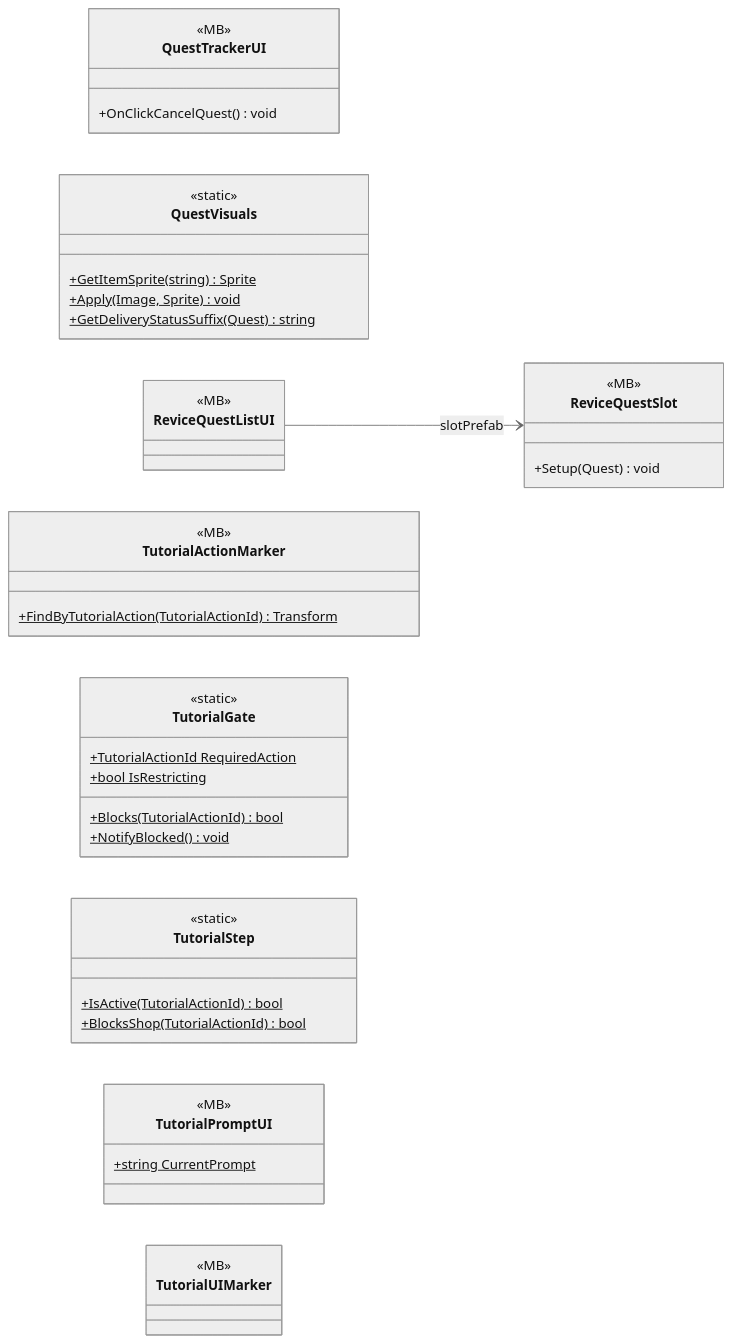
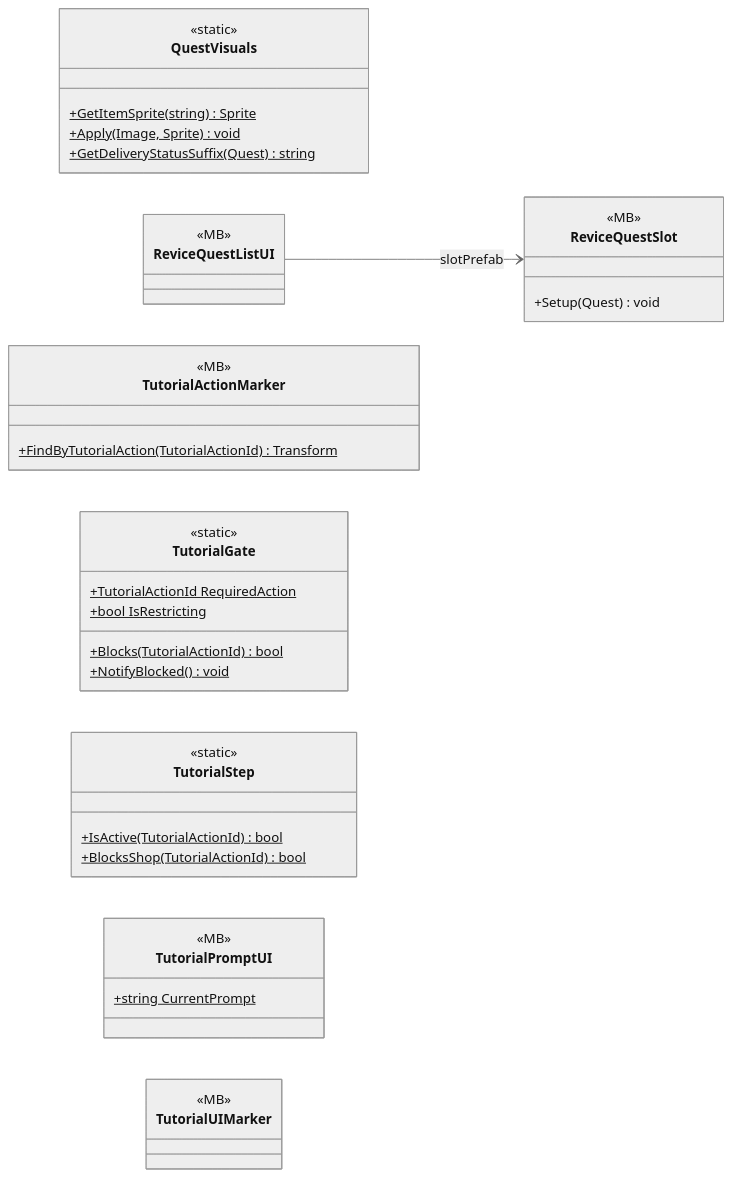
Before and after one commit to PhumipatWave/project-ocean: the second of 2 diagrams in docs/uml/modules/Gameplay_QuestSystems_Quest.md, drawn with Mermaid (neutral theme). The commit also changed other lines of this file and 531 other files, not shown here.

````diff
--- a/docs/uml/modules/Gameplay_QuestSystems_Quest.md
+++ b/docs/uml/modules/Gameplay_QuestSystems_Quest.md
@@ -252,45 +253,41 @@
 ```mermaid
 classDiagram
   direction LR
-  class QuestTrackerUI {
-    <<MB>>
-    +OnClickCancelQuest() void
-  }
   class QuestVisuals {
     <<static>>
     +GetItemSprite(string)$ Sprite
     +Apply(Image, Sprite)$ void
     +GetDeliveryStatusSuffix(Quest)$ string
   }
   class ReviceQuestListUI {
     <<MB>>
   }
   class ReviceQuestSlot {
     <<MB>>
     +Setup(Quest) void
   }
   class TutorialActionMarker {
     <<MB>>
     +FindByTutorialAction(TutorialActionId)$ Transform
   }
   class TutorialGate {
     <<static>>
     +TutorialActionId RequiredAction$
     +bool IsRestricting$
     +Blocks(TutorialActionId)$ bool
     +NotifyBlocked()$ void
   }
   class TutorialStep {
     <<static>>
     +IsActive(TutorialActionId)$ bool
     +BlocksShop(TutorialActionId)$ bool
   }
   class TutorialPromptUI {
     <<MB>>
     +string CurrentPrompt$
   }
   class TutorialUIMarker {
     <<MB>>
   }
   ReviceQuestListUI --> ReviceQuestSlot : slotPrefab
 ```
````
